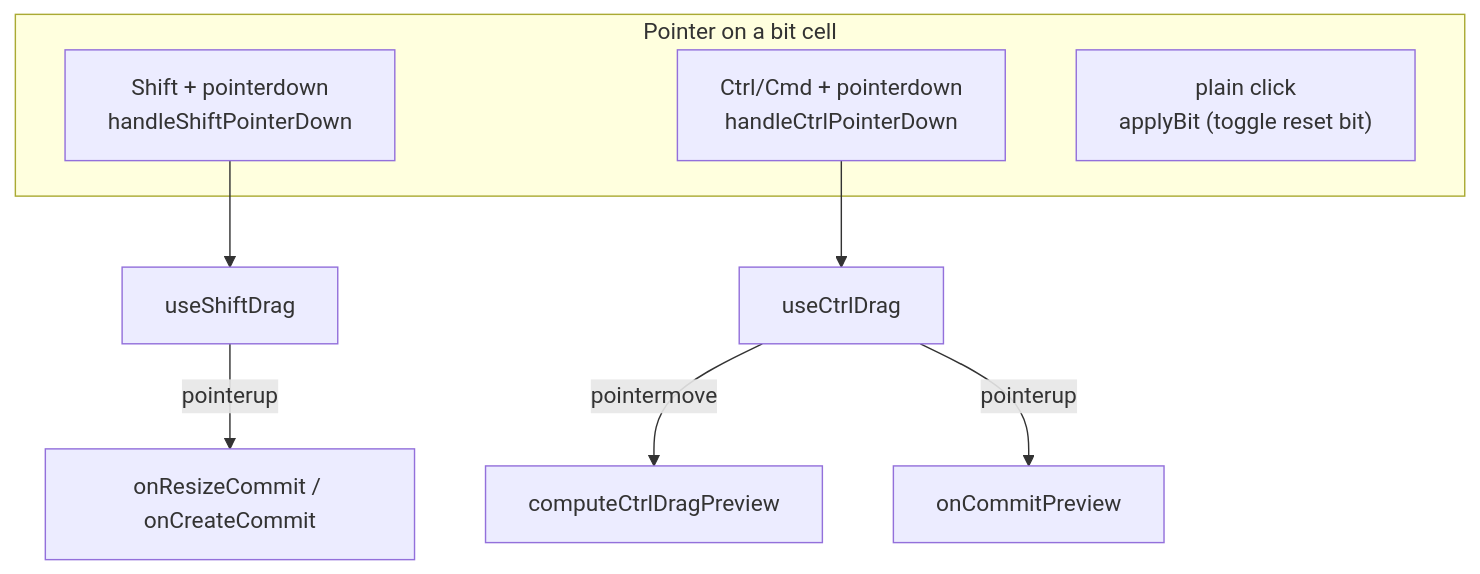
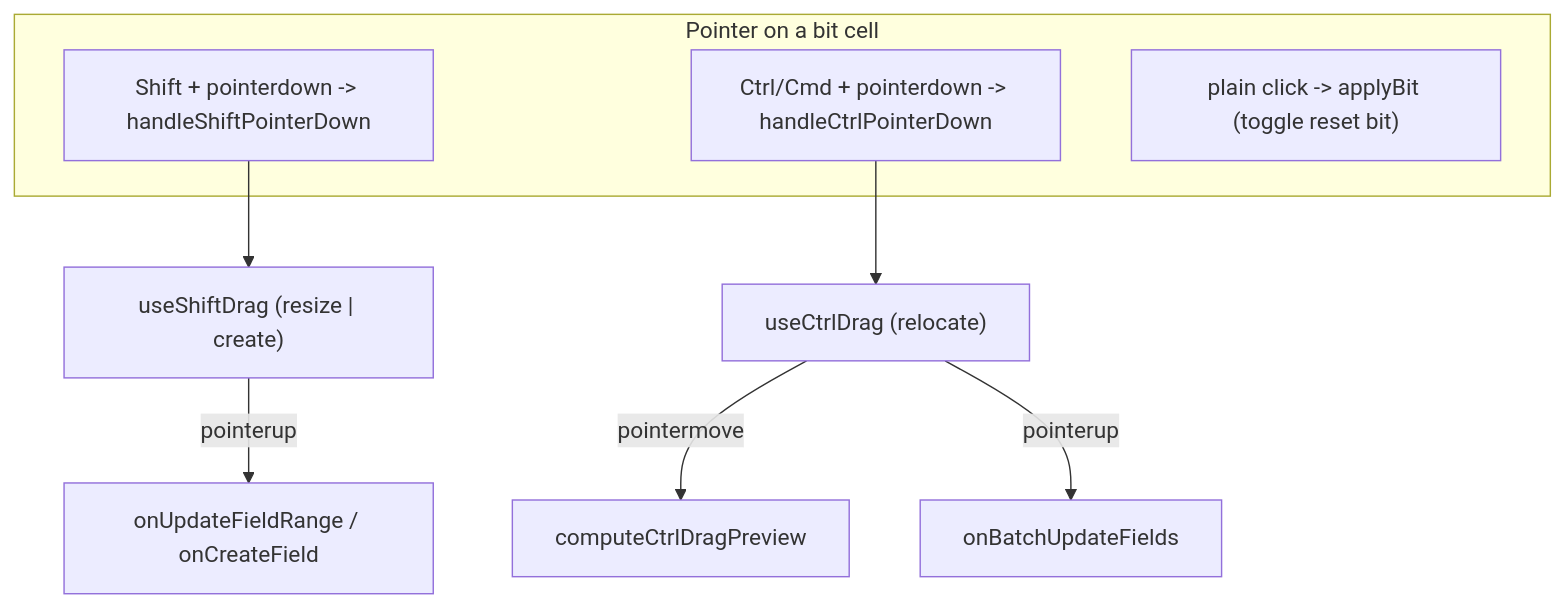
The third of 5 diagrams in docs/architecture/bit-field-handling.md (bleviet/ipcraft-vscode), drawn with Mermaid before and after one commit. The commit also changed other lines of this file and 2 other files, not shown here.

````diff
--- a/docs/architecture/bit-field-handling.md
+++ b/docs/architecture/bit-field-handling.md
@@ -156,13 +168,13 @@
 ```mermaid
 graph TB
     subgraph "Pointer on a bit cell"
-        SD["Shift + pointerdown<br/>handleShiftPointerDown"]
-        CD["Ctrl/Cmd + pointerdown<br/>handleCtrlPointerDown"]
-        CL["plain click<br/>applyBit (toggle reset bit)"]
+        SD["Shift + pointerdown -> handleShiftPointerDown"]
+        CD["Ctrl/Cmd + pointerdown -> handleCtrlPointerDown"]
+        CL["plain click -> applyBit (toggle reset bit)"]
     end
-    SD --> USD["useShiftDrag"]
-    CD --> UCD["useCtrlDrag"]
-    USD -->|"pointerup"| RC["onResizeCommit / onCreateCommit"]
-    UCD -->|"pointermove"| PV["computeCtrlDragPreview"]
-    UCD -->|"pointerup"| BC["onCommitPreview"]
+    SD --> USD["useShiftDrag (resize | create)"]
+    CD --> UCD["useCtrlDrag (relocate)"]
+    USD -->|pointerup| RC["onUpdateFieldRange / onCreateField"]
+    UCD -->|pointermove| PV["computeCtrlDragPreview"]
+    UCD -->|pointerup| BC["onBatchUpdateFields"]
 ```
````
